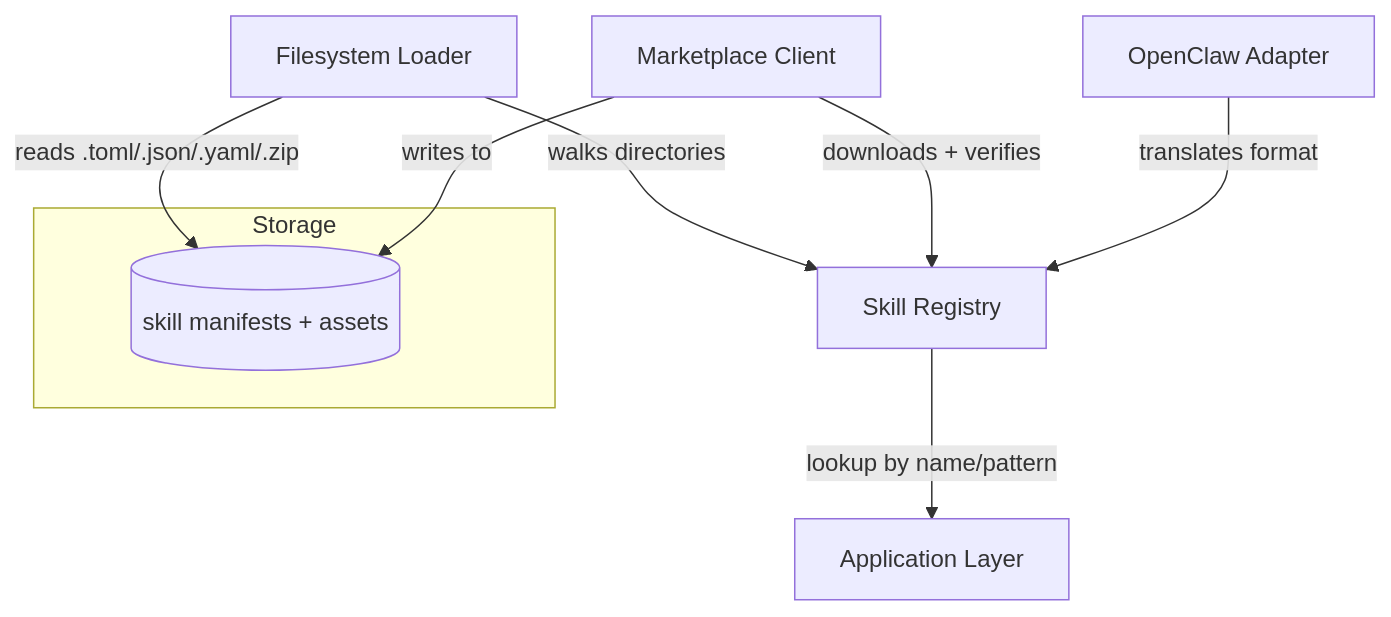
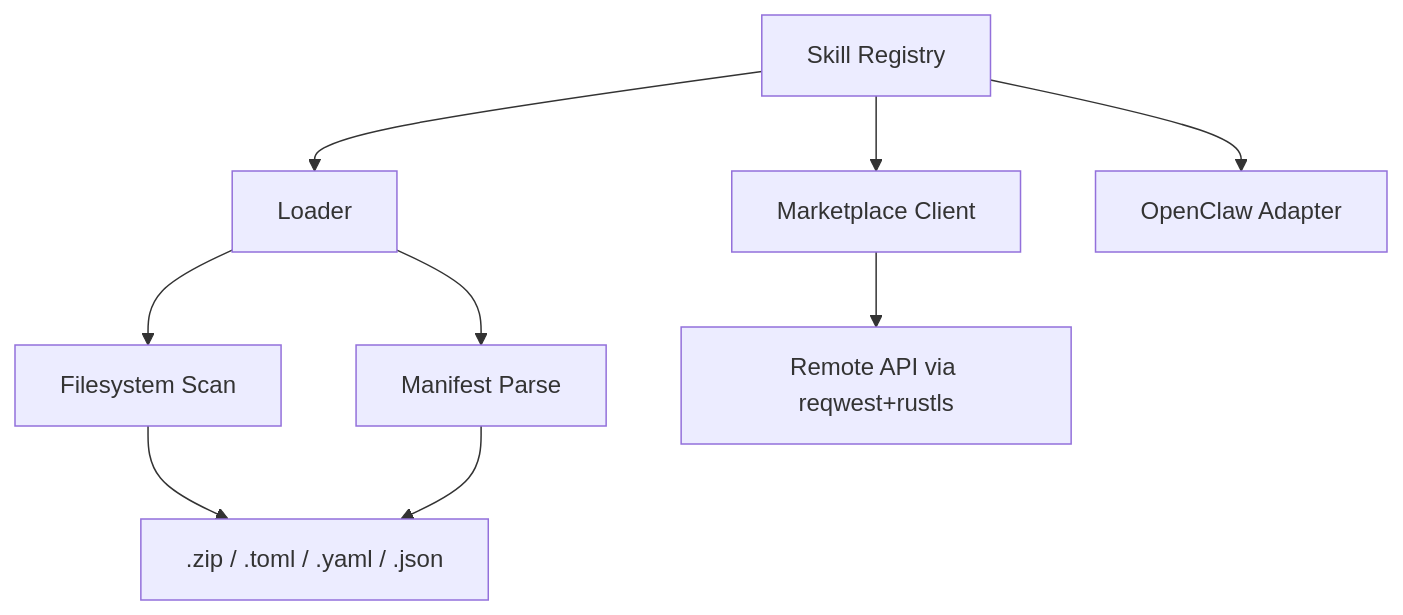
Before and after one commit to leszek3737/librefang-WIki: the diagram in other-librefang-skills.md, drawn with Mermaid. The commit also changed other lines of this file and 99 other files, not shown here.

````diff
--- a/other-librefang-skills.md
+++ b/other-librefang-skills.md
@@ -20,14 +15,11 @@
 ```mermaid
 graph TD
-    FS[Filesystem Loader] -->|walks directories| REG[Skill Registry]
-    MKT[Marketplace Client] -->|downloads + verifies| REG
-    REG -->|lookup by name/pattern| CONSUMERS[Application Layer]
-    OCV[OpenClaw Adapter] -->|translates format| REG
-
-    subgraph Storage
-        DISK[(skill manifests + assets)]
-    end
-
-    FS -->|reads .toml/.json/.yaml/.zip| DISK
-    MKT -->|writes to| DISK
+    A[Skill Registry] --> B[Loader]
+    A --> C[Marketplace Client]
+    B --> D[Filesystem Scan]
+    B --> E[Manifest Parse]
+    C --> F[Remote API via reqwest+rustls]
+    A --> G[OpenClaw Adapter]
+    D --> H[.zip / .toml / .yaml / .json]
+    E --> H
 ```
````
